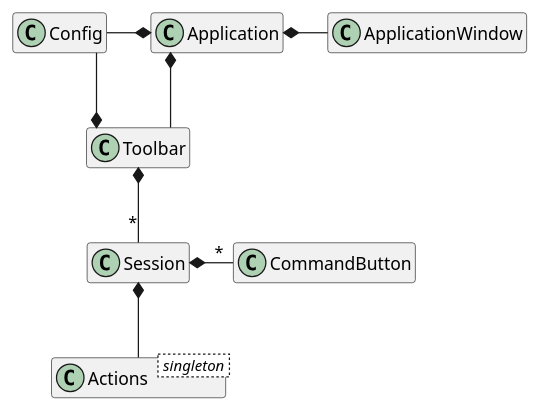
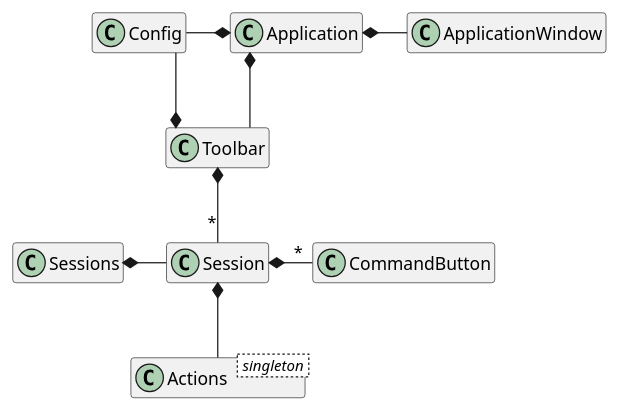
One commit to MARTIMM/SessionManager changed the third of 5 diagrams in doc/session-manager.md. Above: the diagram before and after it, drawn with PlantUML.

````diff
--- a/doc/session-manager.md
+++ b/doc/session-manager.md
@@ -147,24 +147,25 @@
 ```plantuml
 @startuml
 
 'scale 0.9
 
 skinparam packageStyle rectangle
 skinparam stereotypeCBackgroundColor #80ffff
 skinparam linetype ortho
 
 set namespaceSeparator ::
 hide empty members
 
 class Actions < singleton > { }
 
 Application *- ApplicationWindow
 Config -* Application
 Application *-- Toolbar
 Toolbar *-- "*" Session
 Config --* Toolbar
+Sessions *- Session
 Session *- "*" CommandButton
 Session *-- Actions
 
 @enduml
 ```
````
